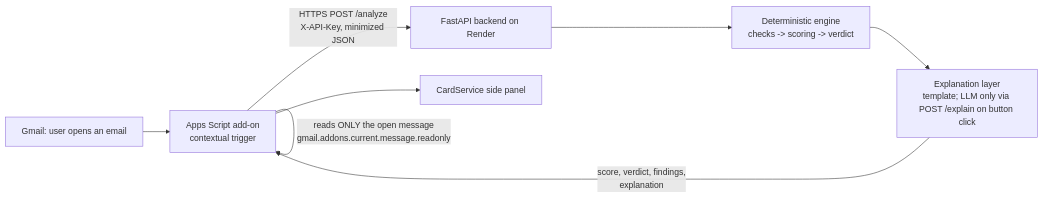
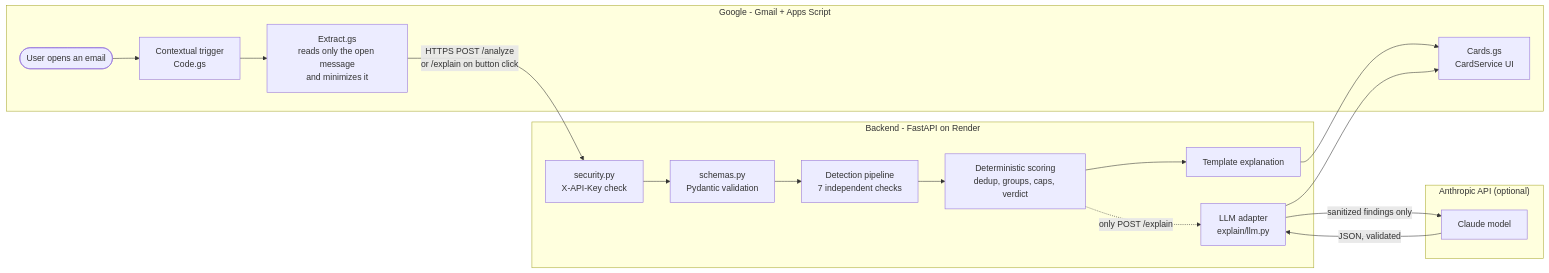
The diagram in README.md (reefmoshe/gmail-malicious-email-scorer), drawn with Mermaid before and after one commit. The commit also changed other lines of this file and 2 other files, not shown here.

````diff
--- a/README.md
+++ b/README.md
@@ -33,10 +59,23 @@
 ```mermaid
 flowchart LR
-    G[Gmail: user opens an email] --> A[Apps Script add-on<br/>contextual trigger]
-    A -->|reads ONLY the open message<br/>gmail.addons.current.message.readonly| A
-    A -->|HTTPS POST /analyze<br/>X-API-Key, minimized JSON| B[FastAPI backend on Render]
-    B --> E[Deterministic engine<br/>checks -> scoring -> verdict]
-    E --> X[Explanation layer<br/>template; LLM only via POST /explain on button click]
-    X -->|score, verdict, findings,<br/>explanation| A
-    A --> C[CardService side panel]
+    subgraph Google["Google - Gmail + Apps Script"]
+        U([User opens an email]) --> T[Contextual trigger<br/>Code.gs]
+        T --> X[Extract.gs<br/>reads only the open message<br/>and minimizes it]
+        C[Cards.gs<br/>CardService UI]
+    end
+    subgraph Backend["Backend - FastAPI on Render"]
+        A[security.py<br/>X-API-Key check] --> V[schemas.py<br/>Pydantic validation]
+        V --> P[Detection pipeline<br/>7 independent checks]
+        P --> S[Deterministic scoring<br/>dedup, groups, caps, verdict]
+        S --> TP[Template explanation]
+        S -.->|only POST /explain| L[LLM adapter<br/>explain/llm.py]
+    end
+    subgraph Anthropic["Anthropic API (optional)"]
+        M[Claude model]
+    end
+    X -- "HTTPS POST /analyze<br/>or /explain on button click" --> A
+    TP --> C
+    L -- "sanitized findings only" --> M
+    M -- "JSON, validated" --> L
+    L --> C
 ```
````
